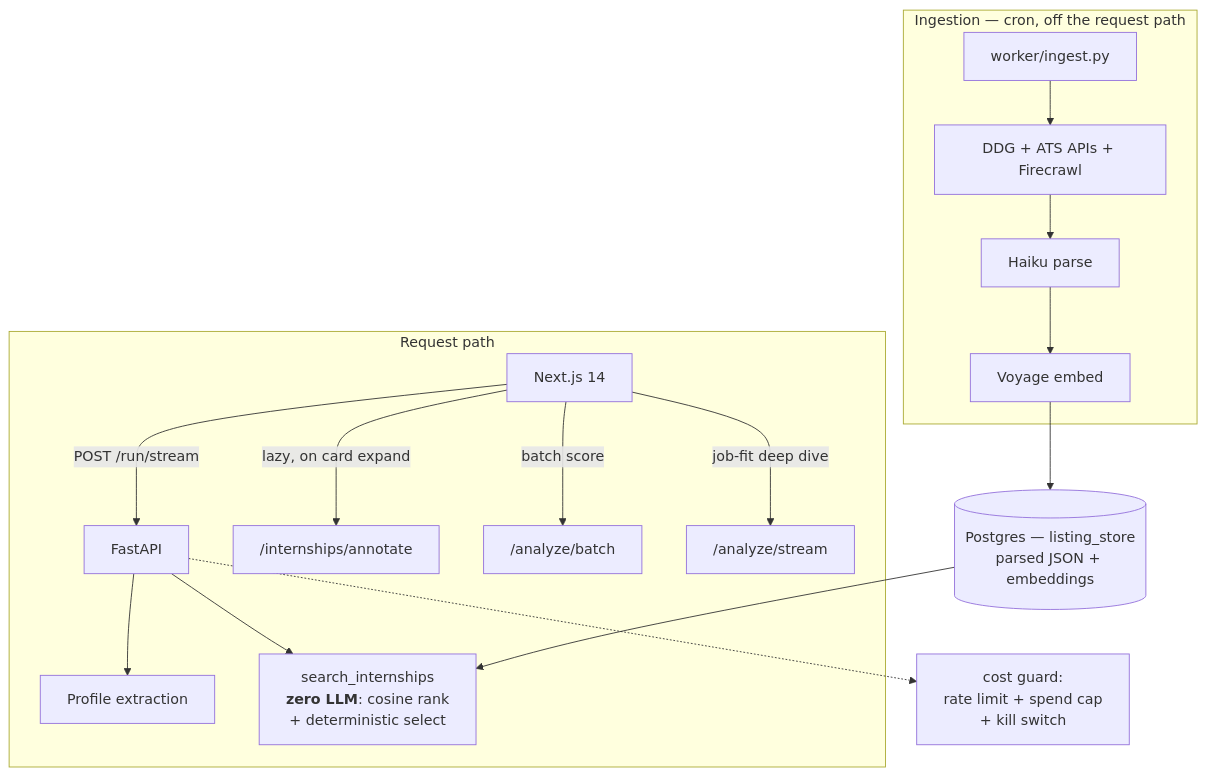
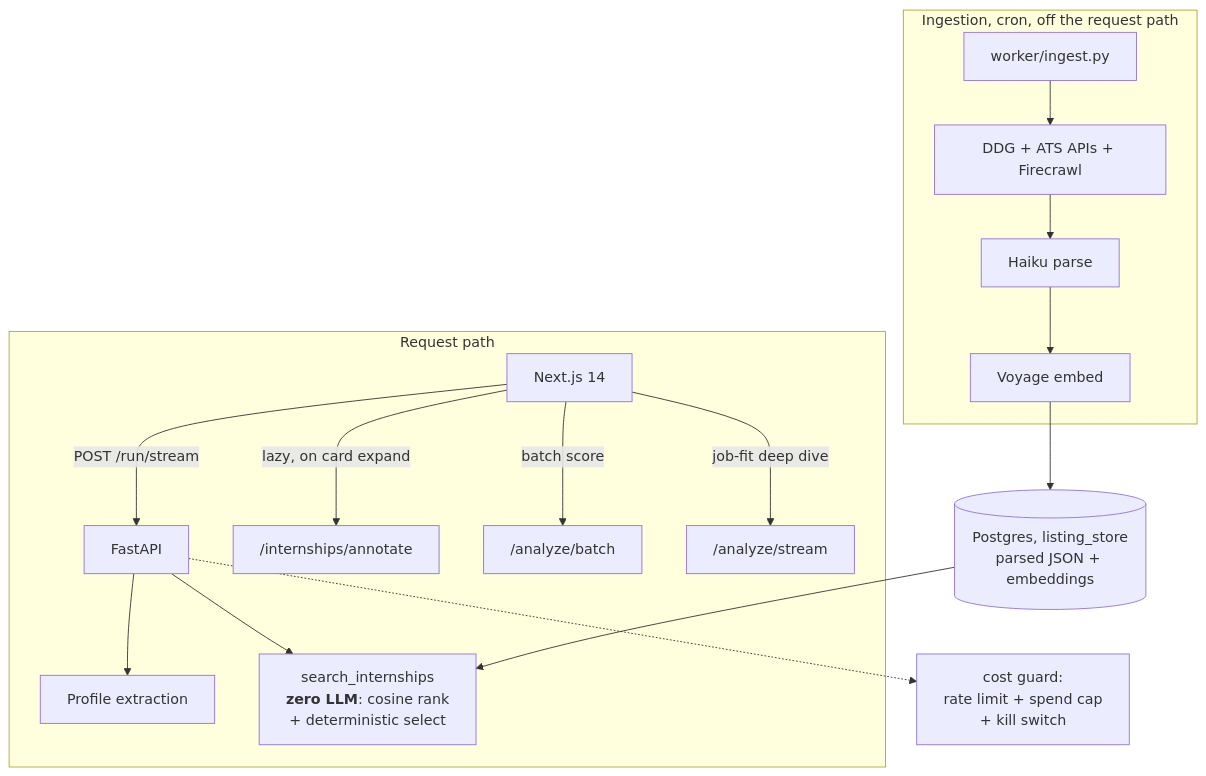
The diagram in README.md (christianlofaso/SkyMatch), drawn with Mermaid before and after one commit. The commit also changed other lines of this file and 45 other files, not shown here.

````diff
--- a/README.md
+++ b/README.md
@@ -125,21 +124,21 @@
 ```mermaid
 flowchart TB
-    subgraph ingest["Ingestion — cron, off the request path"]
+    subgraph ingest["Ingestion, cron, off the request path"]
         W["worker/ingest.py"] --> SRC["DDG + ATS APIs + Firecrawl"]
         SRC --> P["Haiku parse"] --> E["Voyage embed"]
     end
 
-    E --> IDX[("Postgres — listing_store<br/>parsed JSON + embeddings")]
+    E --> IDX[("Postgres, listing_store<br/>parsed JSON + embeddings")]
 
     subgraph req["Request path"]
         FE["Next.js 14"] -->|"POST /run/stream"| API["FastAPI"]
         API --> PROF["Profile extraction"]
         API --> SEARCH["search_internships<br/><b>zero LLM</b>: cosine rank<br/>+ deterministic select"]
         FE -->|"lazy, on card expand"| ANN["/internships/annotate"]
         FE -->|"batch score"| BATCH["/analyze/batch"]
         FE -->|"job-fit deep dive"| ANALYZE["/analyze/stream"]
     end
 
     IDX --> SEARCH
     API -.-> GUARD["cost guard:<br/>rate limit + spend cap<br/>+ kill switch"]
 ```
````
